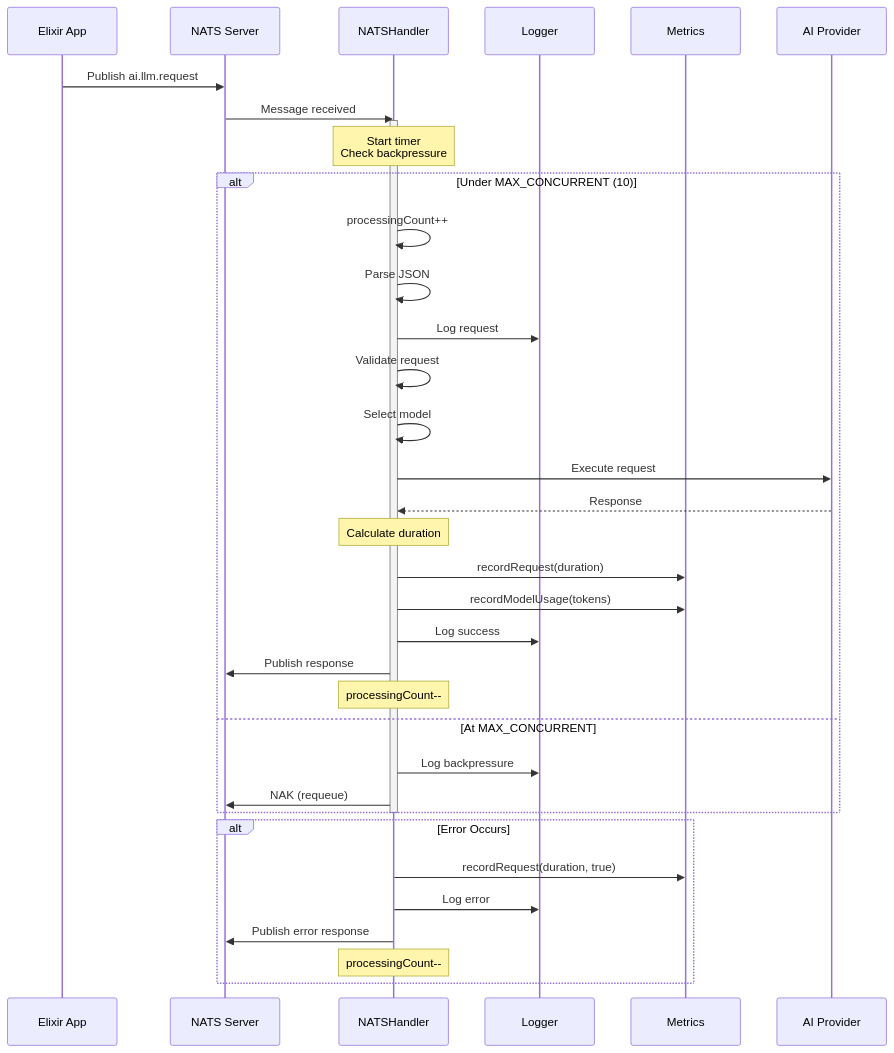
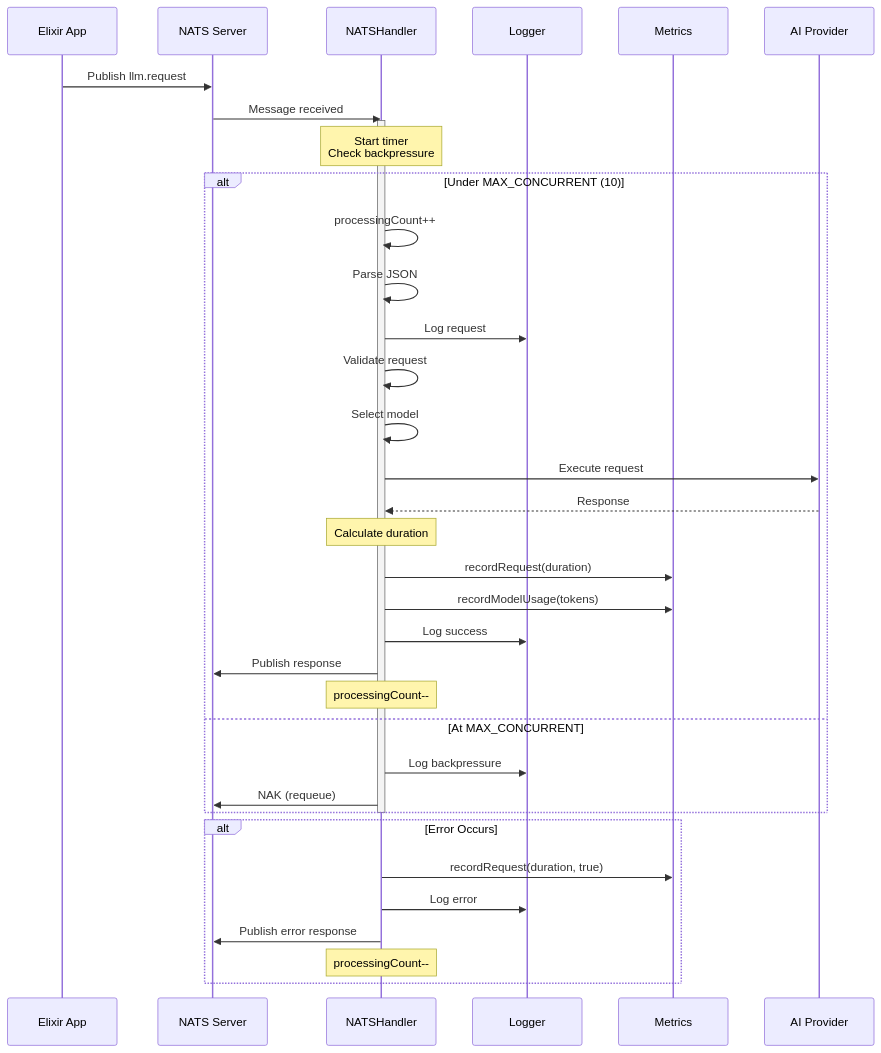
Before and after one commit to mikkihugo/ex_llm: the third of 29 diagrams in docs/architecture/SYSTEM_FLOWS.md, drawn with Mermaid. The commit also changed other lines of this file and 9 other files, not shown here.

````diff
--- a/docs/architecture/SYSTEM_FLOWS.md
+++ b/docs/architecture/SYSTEM_FLOWS.md
@@ -130,41 +130,41 @@
 ```mermaid
 sequenceDiagram
     participant Elixir as Elixir App
     participant NATS as NATS Server
     participant Handler as NATSHandler
     participant Logger
     participant Metrics
     participant Provider as AI Provider
     
-    Elixir->>NATS: Publish ai.llm.request
+    Elixir->>NATS: Publish llm.request
     NATS->>Handler: Message received
     activate Handler
     Note over Handler: Start timer<br/>Check backpressure
     
     alt Under MAX_CONCURRENT (10)
         Handler->>Handler: processingCount++
         Handler->>Handler: Parse JSON
         Handler->>Logger: Log request
         Handler->>Handler: Validate request
         Handler->>Handler: Select model
         Handler->>Provider: Execute request
         Provider-->>Handler: Response
         Note over Handler: Calculate duration
         Handler->>Metrics: recordRequest(duration)
         Handler->>Metrics: recordModelUsage(tokens)
         Handler->>Logger: Log success
         Handler->>NATS: Publish response
         Note over Handler: processingCount--
     else At MAX_CONCURRENT
         Handler->>Logger: Log backpressure
         Handler->>NATS: NAK (requeue)
     end
     deactivate Handler
     
     alt Error Occurs
         Handler->>Metrics: recordRequest(duration, true)
         Handler->>Logger: Log error
         Handler->>NATS: Publish error response
         Note over Handler: processingCount--
     end
 ```
````
